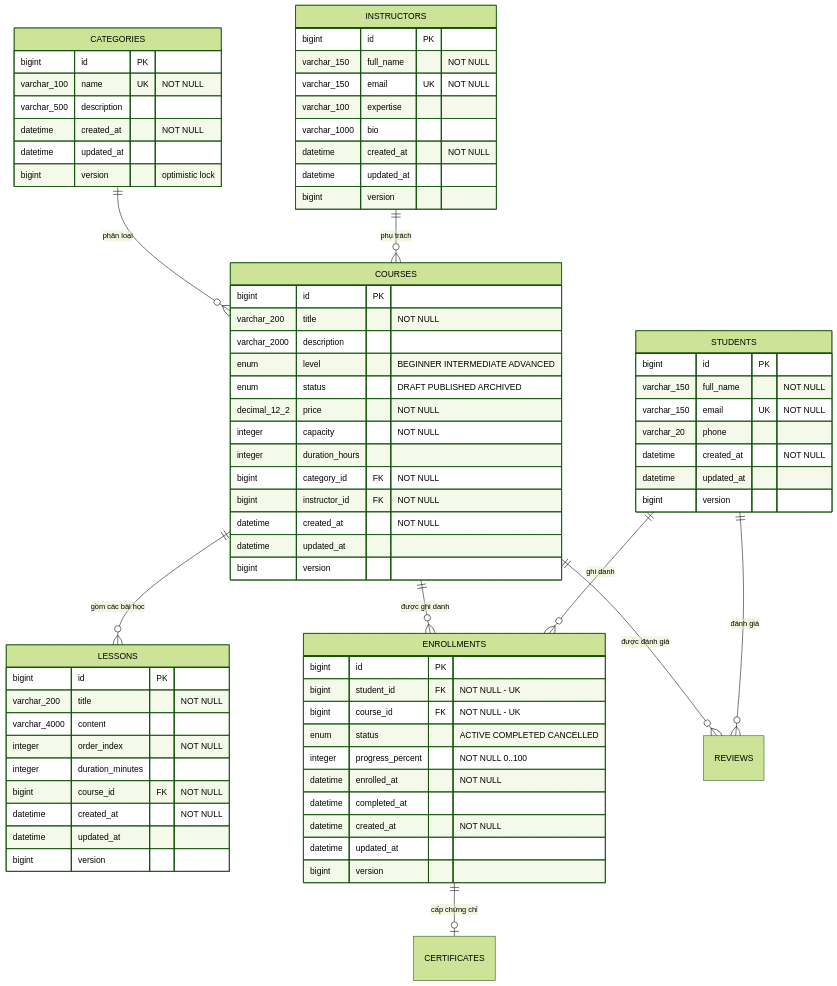
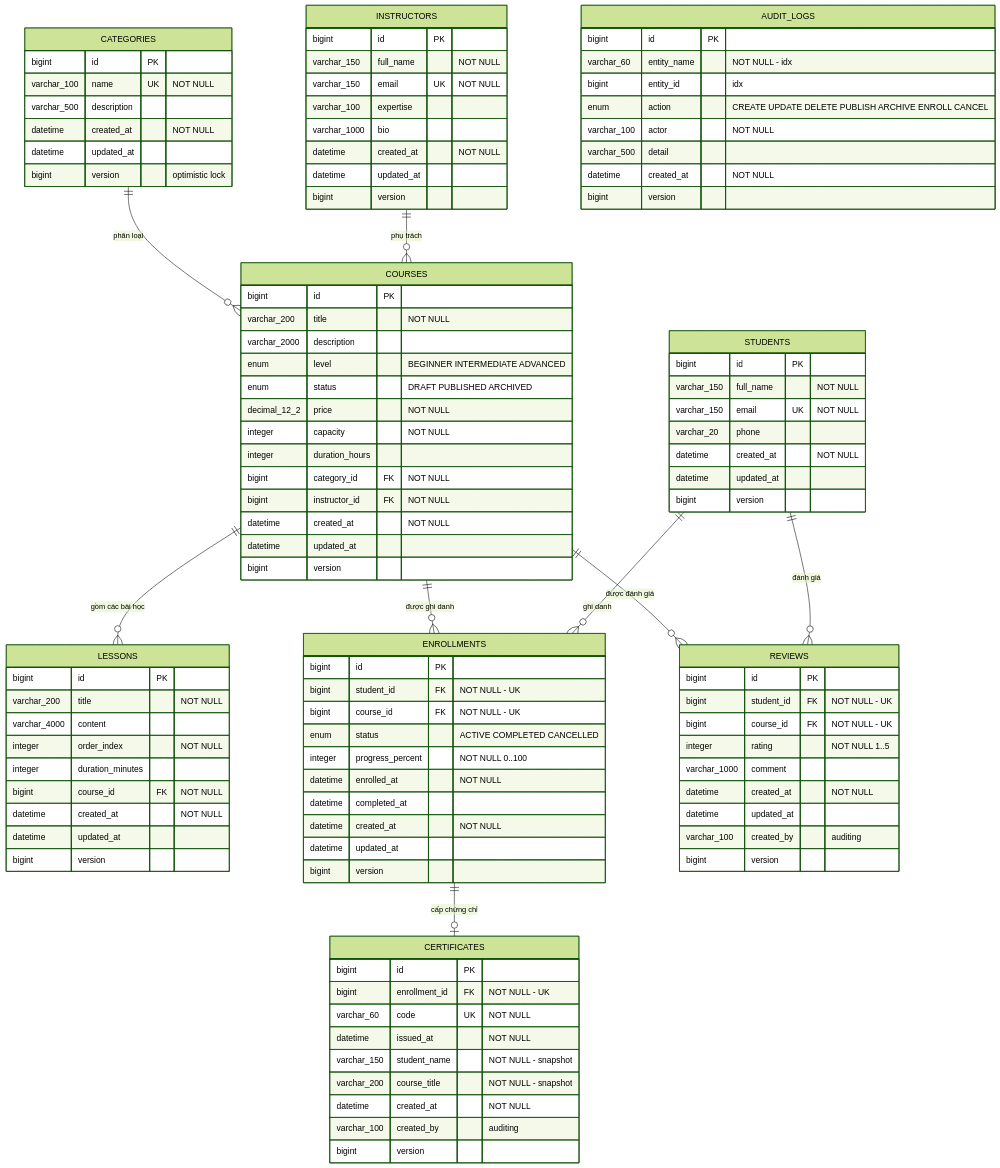
Before and after one commit to hmddevv/CourseManagementSystem: the diagram in docs/database-schema.md, drawn with Mermaid (forest theme). The commit also changed 2 other files, not shown here.

Commit message:
fix(docs): bo sung 3 bang thieu vao so do ERD
reviews, certificates va audit_logs truoc day chi xuat hien o dong quan he
nen render ra o rong; audit_logs khong co trong so do. Nay du 9 bang khop
voi schema.sql.

````diff
--- a/docs/database-schema.md
+++ b/docs/database-schema.md
@@ -89,4 +89,39 @@
         datetime   updated_at
         bigint     version
     }
+
+    REVIEWS {
+        bigint        id PK
+        bigint        student_id FK "NOT NULL - UK"
+        bigint        course_id FK "NOT NULL - UK"
+        integer       rating "NOT NULL 1..5"
+        varchar_1000  comment
+        datetime      created_at "NOT NULL"
+        datetime      updated_at
+        varchar_100   created_by "auditing"
+        bigint        version
+    }
+
+    CERTIFICATES {
+        bigint        id PK
+        bigint        enrollment_id FK "NOT NULL - UK"
+        varchar_60    code UK "NOT NULL"
+        datetime      issued_at "NOT NULL"
+        varchar_150   student_name "NOT NULL - snapshot"
+        varchar_200   course_title "NOT NULL - snapshot"
+        datetime      created_at "NOT NULL"
+        varchar_100   created_by "auditing"
+        bigint        version
+    }
+
+    AUDIT_LOGS {
+        bigint       id PK
+        varchar_60   entity_name "NOT NULL - idx"
+        bigint       entity_id "idx"
+        enum         action "CREATE UPDATE DELETE PUBLISH ARCHIVE ENROLL CANCEL"
+        varchar_100  actor "NOT NULL"
+        varchar_500  detail
+        datetime     created_at "NOT NULL"
+        bigint       version
+    }
 ```
````
